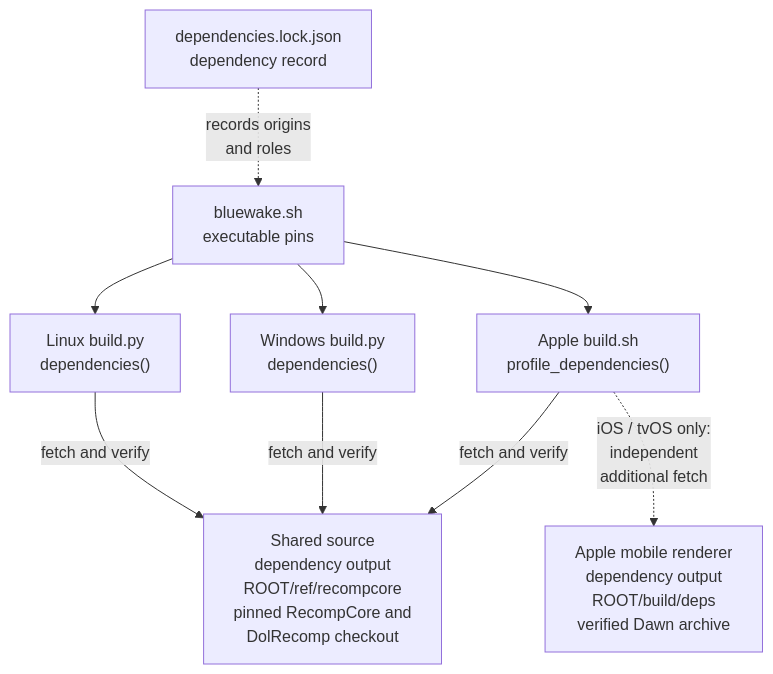
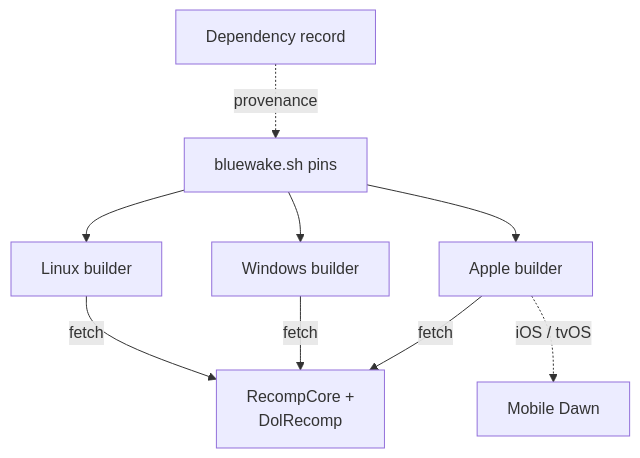
Before and after one commit to Aelbannan/boat_of_daphnes: the third of 10 diagrams in docs/architecture/Build.md, drawn with Mermaid. The commit also changed other lines of this file, not shown here.

Commit message:
Simplify build diagrams

````diff
--- a/docs/architecture/Build.md
+++ b/docs/architecture/Build.md
@@ -210,34 +202,20 @@
 ```mermaid
 flowchart TD
-    Profile["`bluewake.sh
-executable pins`"]
-    Lock["`dependencies.lock.json
-dependency record`"]
-    Linux["`Linux build.py
-dependencies()`"]
-    Windows["`Windows build.py
-dependencies()`"]
-    Apple["`Apple build.sh
-profile_dependencies()`"]
-    Checkout["`Shared source
-dependency output
-ROOT/ref/recompcore
-pinned RecompCore and
-DolRecomp checkout`"]
-    Dawn["`Apple mobile renderer
-dependency output
-ROOT/build/deps
-verified Dawn archive`"]
+    Profile["bluewake.sh pins"]
+    Lock["Dependency record"]
+    Linux["Linux builder"]
+    Windows["Windows builder"]
+    Apple["Apple builder"]
+    Checkout["`RecompCore +
+DolRecomp`"]
+    Dawn["Mobile Dawn"]
 
     Profile --> Linux
     Profile --> Windows
     Profile --> Apple
-    Linux -->|fetch and verify| Checkout
-    Windows -->|fetch and verify| Checkout
-    Apple -->|fetch and verify| Checkout
-    Apple -. "`iOS / tvOS only:
-independent
-additional fetch`" .-> Dawn
-    Lock -. "`records origins
-and roles`" .-> Profile
+    Linux -->|fetch| Checkout
+    Windows -->|fetch| Checkout
+    Apple -->|fetch| Checkout
+    Apple -. "iOS / tvOS" .-> Dawn
+    Lock -. "provenance" .-> Profile
 ```
````
